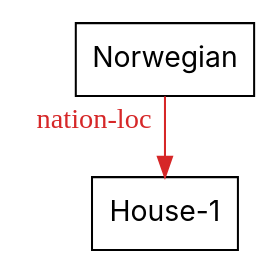
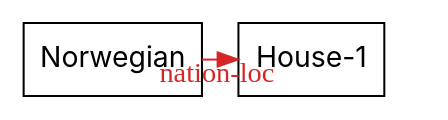
Before and after one commit to agutikov/ein: the diagram in docs/ein/user/02-guide/diagrams/01-fact-folded.dot, drawn with Graphviz. The commit also changed 29 other files, not shown here.

```diff
--- a/docs/ein/user/02-guide/diagrams/01-fact-folded.dot
+++ b/docs/ein/user/02-guide/diagrams/01-fact-folded.dot
@@ -1,6 +1,8 @@
 digraph kb {
   rankdir=TB;
   ranksep=0.55;
   node [fontname="Inter", shape=box];
-  "Norwegian" -> "House-1" [xlabel="nation-loc", color="#d62728", fontcolor="#d62728", style=solid];
+  "Norwegian" -> "House-1" [xlabel="nation-loc", color="#d62728", fontcolor="#d62728", style=solid, constraint=false];
+  "layer 0" [style=invis, label="", width=0, height=0, fixedsize=true];
+  { rank=same; "layer 0"; "Norwegian"; "House-1"; }
 }
```
